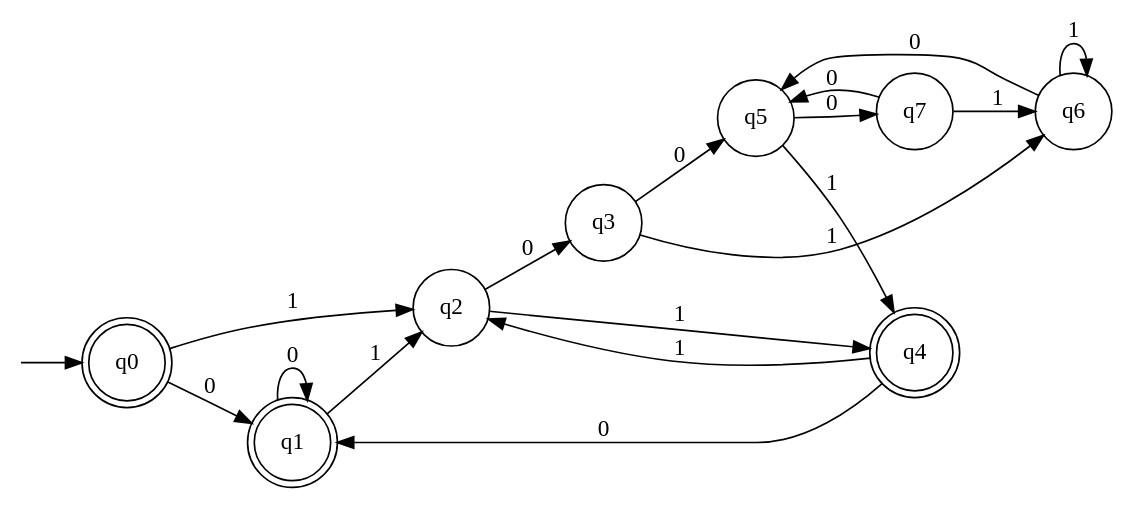
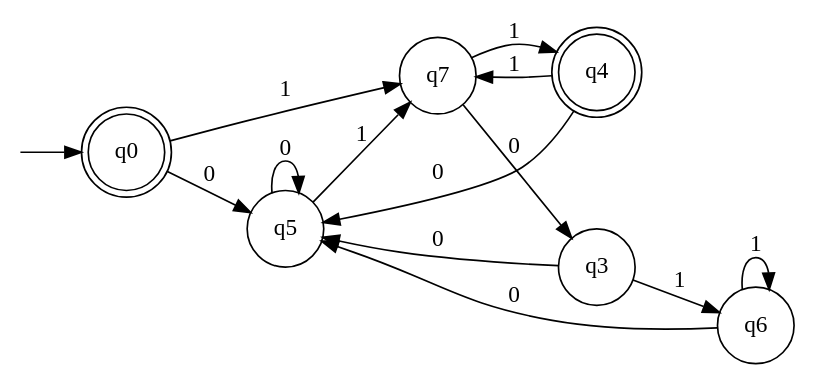
Before and after one commit to water-mizuu/finite_automata_conversion: the diagram in dfa.dot, drawn with Graphviz. The commit also changed 8 other files, not shown here.

```diff
--- a/dfa.dot
+++ b/dfa.dot
@@ -1,29 +1,25 @@
 digraph G {
   rankdir=LR;
   n__ [label="" shape=none width=.0];
   0 [shape=doublecircle label="q0"]
   1 [shape=doublecircle label="q1"]
   2 [shape=circle label="q2"]
   3 [shape=circle label="q3"]
-  4 [shape=doublecircle label="q4"]
-  5 [shape=circle label="q5"]
-  6 [shape=circle label="q6"]
-  7 [shape=circle label="q7"]
+  8 [shape=doublecircle label="q4"]
+  1 [shape=circle label="q5"]
+  4 [shape=circle label="q6"]
+  2 [shape=circle label="q7"]
   n__ -> 0;
   0 -> 1 [label="0"]
   0 -> 2 [label="1"]
   1 -> 1 [label="0"]
   1 -> 2 [label="1"]
   2 -> 3 [label="0"]
-  2 -> 4 [label="1"]
-  3 -> 5 [label="0"]
-  3 -> 6 [label="1"]
+  2 -> 8 [label="1"]
+  3 -> 1 [label="0"]
+  3 -> 4 [label="1"]
+  8 -> 1 [label="0"]
+  8 -> 2 [label="1"]
   4 -> 1 [label="0"]
-  4 -> 2 [label="1"]
-  5 -> 7 [label="0"]
-  5 -> 4 [label="1"]
-  6 -> 5 [label="0"]
-  6 -> 6 [label="1"]
-  7 -> 5 [label="0"]
-  7 -> 6 [label="1"]
+  4 -> 4 [label="1"]
 }
```
